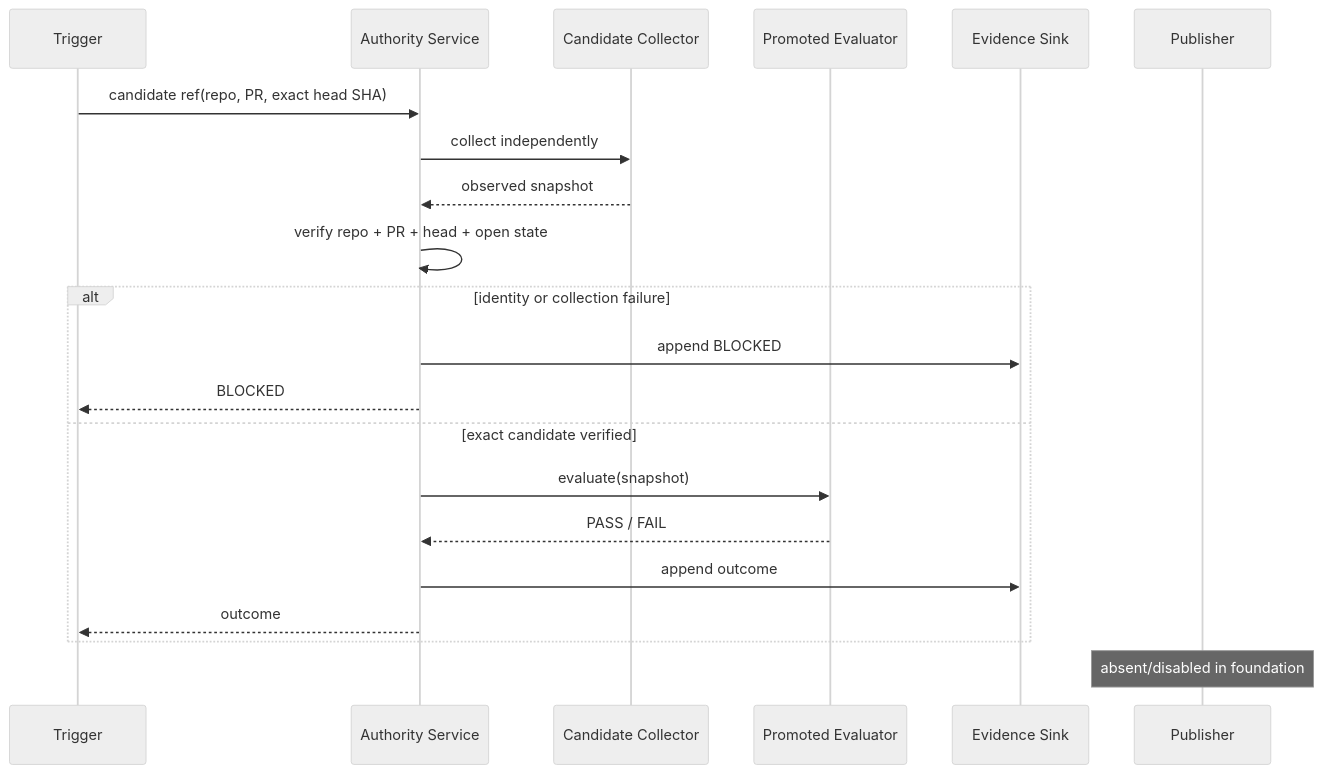
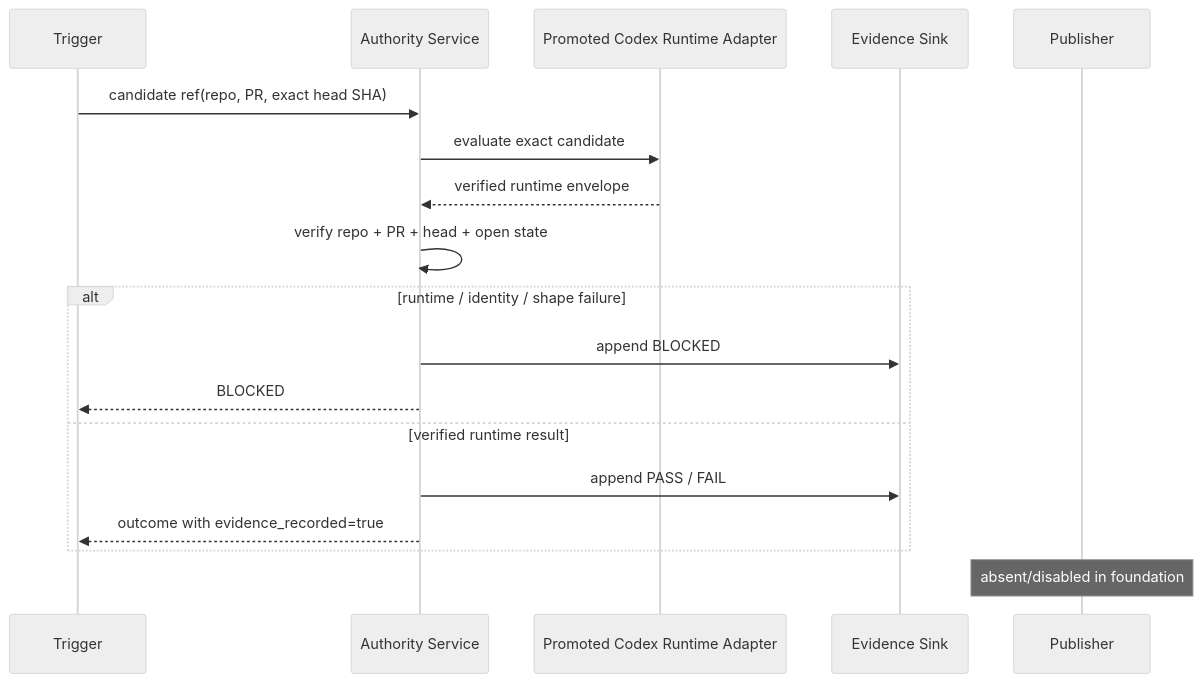
Before and after one commit to scnehaux/codex-authority: the second of 3 diagrams in docs/architecture.md, drawn with Mermaid (neutral theme). The commit also changed other lines of this file and 17 other files, not shown here.

````diff
--- a/docs/architecture.md
+++ b/docs/architecture.md
@@ -55,24 +59,21 @@
 ```mermaid
 sequenceDiagram
     participant T as Trigger
     participant A as Authority Service
-    participant C as Candidate Collector
-    participant E as Promoted Evaluator
+    participant R as Promoted Codex Runtime Adapter
     participant S as Evidence Sink
     participant P as Publisher
 
     T->>A: candidate ref(repo, PR, exact head SHA)
-    A->>C: collect independently
-    C-->>A: observed snapshot
+    A->>R: evaluate exact candidate
+    R-->>A: verified runtime envelope
     A->>A: verify repo + PR + head + open state
-    alt identity or collection failure
+    alt runtime / identity / shape failure
         A->>S: append BLOCKED
         A-->>T: BLOCKED
-    else exact candidate verified
-        A->>E: evaluate(snapshot)
-        E-->>A: PASS / FAIL
-        A->>S: append outcome
-        A-->>T: outcome
+    else verified runtime result
+        A->>S: append PASS / FAIL
+        A-->>T: outcome with evidence_recorded=true
     end
     Note over P: absent/disabled in foundation
 ```
````
